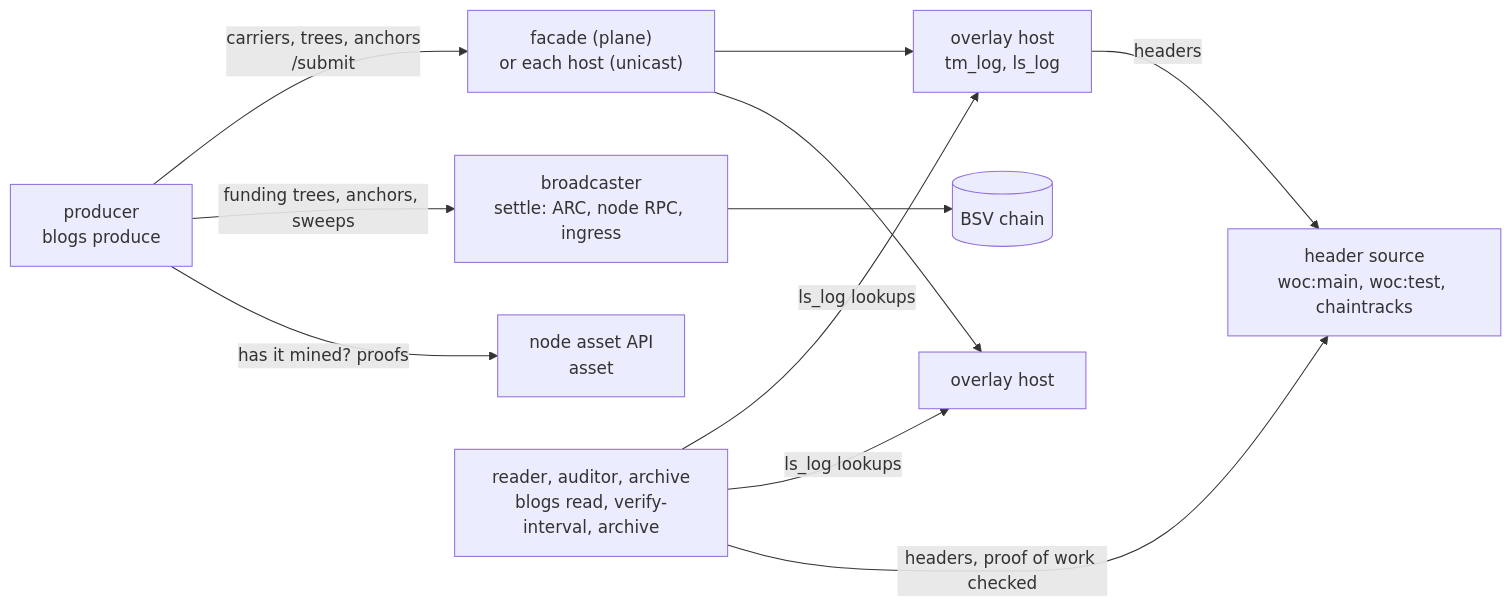
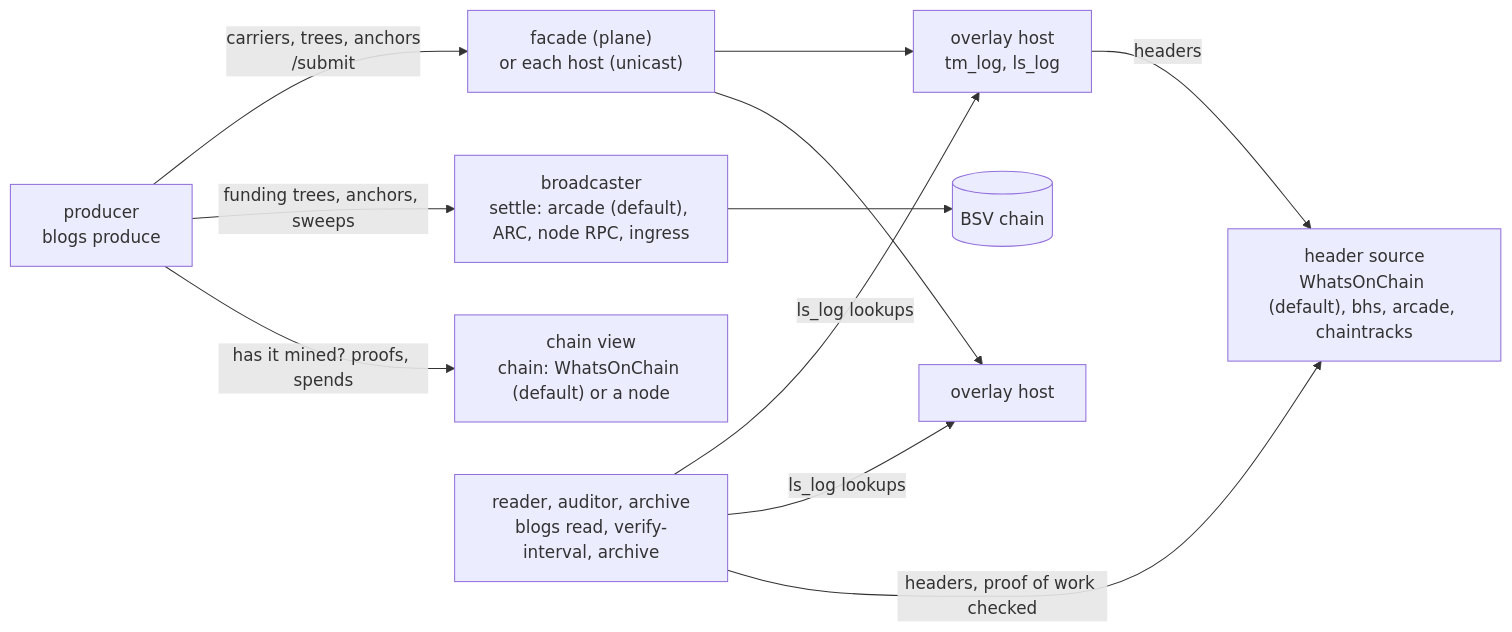
One commit to lightwebinc/blogs changed the diagram in docs/architecture.md. Above: the diagram before and after it, drawn with Mermaid. The commit also changed other lines of this file and 8 other files, not shown here.

````diff
--- a/docs/architecture.md
+++ b/docs/architecture.md
@@ -10,13 +10,13 @@
 ```mermaid
 flowchart LR
   P["producer<br/>blogs produce"] -->|"carriers, trees, anchors<br/>/submit"| F["facade (plane)<br/>or each host (unicast)"]
   F --> H1["overlay host<br/>tm_log, ls_log"]
   F --> H2["overlay host"]
-  P -->|"funding trees, anchors, sweeps"| B["broadcaster<br/>settle: ARC, node RPC, ingress"]
+  P -->|"funding trees, anchors, sweeps"| B["broadcaster<br/>settle: arcade (default), ARC, node RPC, ingress"]
   B --> C[("BSV chain")]
-  P -->|"has it mined? proofs"| N["node asset API<br/>asset"]
+  P -->|"has it mined? proofs, spends"| N["chain view<br/>chain: WhatsOnChain (default) or a node"]
   R["reader, auditor, archive<br/>blogs read, verify-interval, archive"] -->|"ls_log lookups"| H1
   R -->|"ls_log lookups"| H2
-  R -->|"headers, proof of work checked"| S["header source<br/>woc:main, woc:test, chaintracks"]
+  R -->|"headers, proof of work checked"| S["header source<br/>WhatsOnChain (default), bhs, arcade, chaintracks"]
   H1 -->|headers| S
 ```
````
